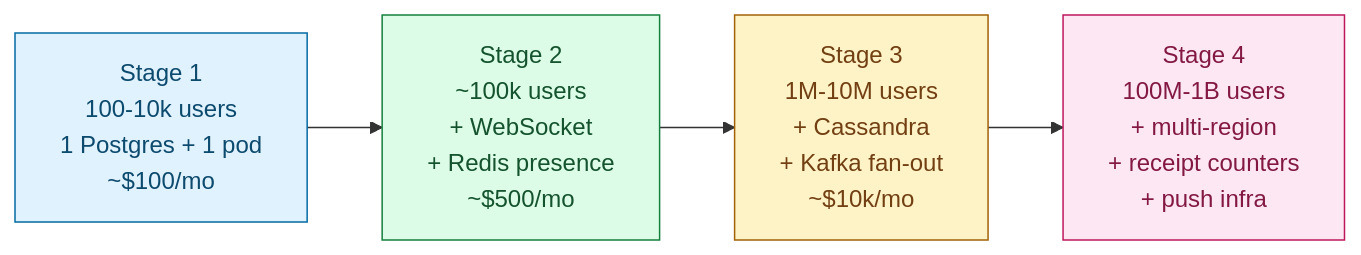
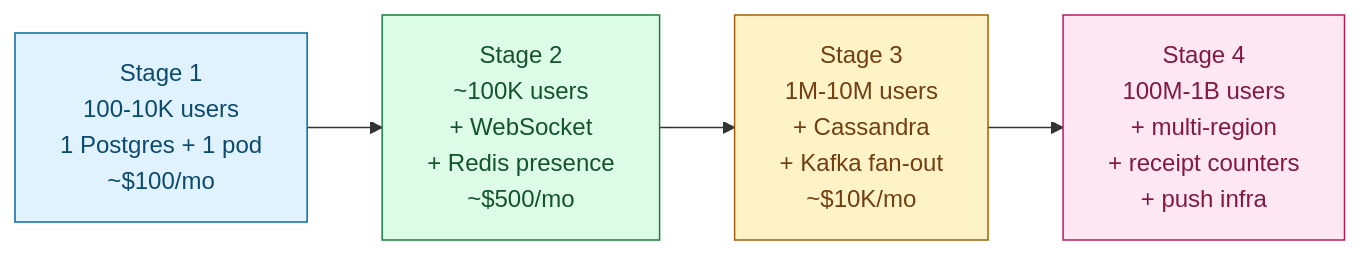
One commit to shiningflash/shiningflash.github.io changed diagram 15 of 15 in _practice/system-design/003-chat-system.md. Above: the diagram before and after it, drawn with Mermaid. The commit also changed other lines of this file and 18 other files, not shown here.

````diff
--- a/_practice/system-design/003-chat-system.md
+++ b/_practice/system-design/003-chat-system.md
@@ -901,14 +862,14 @@
 ```mermaid
 flowchart LR
-    S1["Stage 1<br/>100-10k users<br/>1 Postgres + 1 pod<br/>~$100/mo"]:::s1
-    S2["Stage 2<br/>~100k users<br/>+ WebSocket<br/>+ Redis presence<br/>~$500/mo"]:::s2
-    S3["Stage 3<br/>1M-10M users<br/>+ Cassandra<br/>+ Kafka fan-out<br/>~$10k/mo"]:::s3
+    S1["Stage 1<br/>100-10K users<br/>1 Postgres + 1 pod<br/>~$100/mo"]:::s1
+    S2["Stage 2<br/>~100K users<br/>+ WebSocket<br/>+ Redis presence<br/>~$500/mo"]:::s2
+    S3["Stage 3<br/>1M-10M users<br/>+ Cassandra<br/>+ Kafka fan-out<br/>~$10K/mo"]:::s3
     S4["Stage 4<br/>100M-1B users<br/>+ multi-region<br/>+ receipt counters<br/>+ push infra"]:::s4
 
     S1 --> S2 --> S3 --> S4
 
     classDef s1 fill:#e0f2fe,stroke:#0369a1,color:#0c4a6e
     classDef s2 fill:#dcfce7,stroke:#15803d,color:#14532d
     classDef s3 fill:#fef3c7,stroke:#a16207,color:#713f12
     classDef s4 fill:#fce7f3,stroke:#be185d,color:#831843
 ```
````
